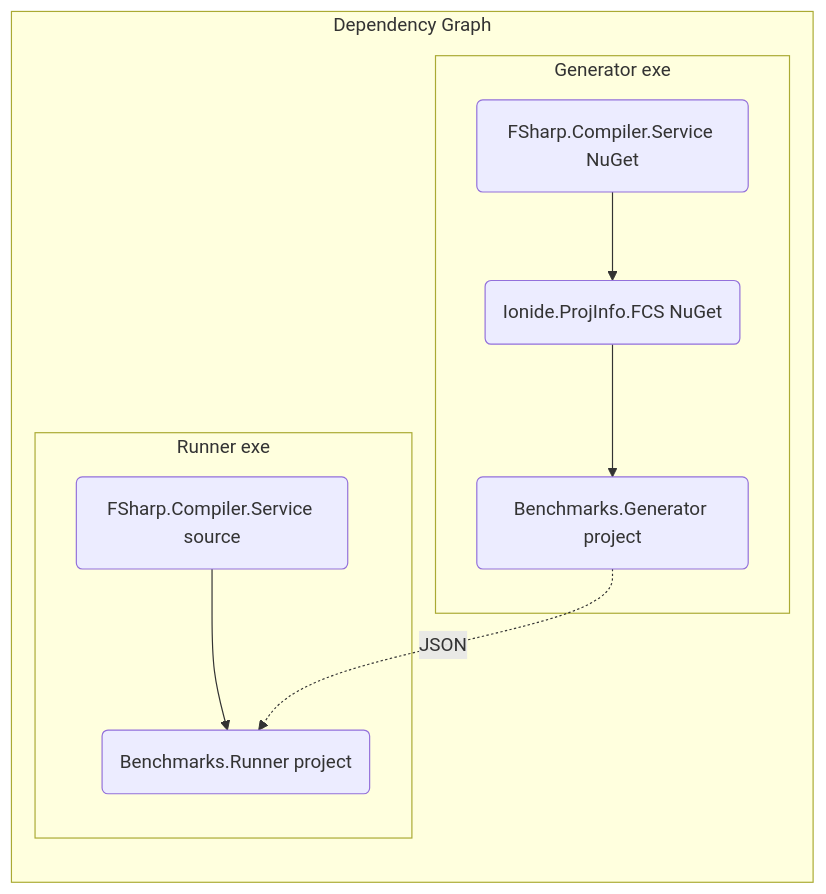
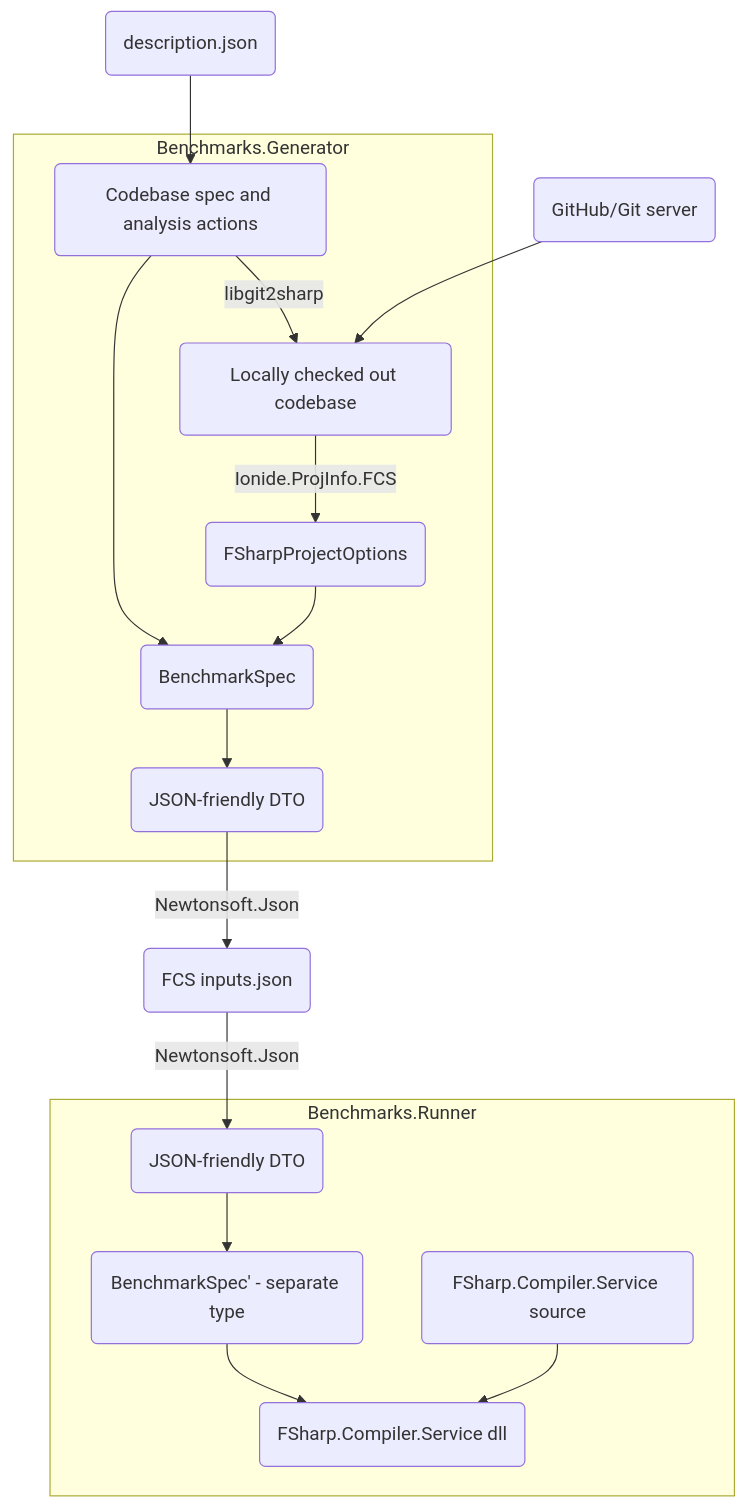
One commit to safesparrow/fsharp changed the second of 2 diagrams in tests/benchmarks/FCSBenchmarks/Benchmarks.Generator/README.md. Above: the diagram before and after it, drawn with Mermaid. The commit also changed other lines of this file, not shown here.

````diff
--- a/tests/benchmarks/FCSBenchmarks/Benchmarks.Generator/README.md
+++ b/tests/benchmarks/FCSBenchmarks/Benchmarks.Generator/README.md
@@ -22,13 +25,21 @@
 ```mermaid
-graph LR;
-    subgraph Dependency Graph
-        subgraph Generator exe
-            Z(FSharp.Compiler.Service NuGet)-->B(Ionide.ProjInfo.FCS NuGet)
-            B-->C(Benchmarks.Generator project)
-        end
-        subgraph Runner exe
-            D(FSharp.Compiler.Service source)-->E(Benchmarks.Runner project)
-        end
-        C-.->|JSON|E
+graph TD;
+    AA(description.json)
+    AA-->A
+    AB(GitHub/Git server)
+    AB-->B
+    subgraph Benchmarks.Generator
+        A(Codebase spec and analysis actions)-->|libgit2sharp| B(Locally checked out codebase);
+        B-->|Ionide.ProjInfo.FCS| C(FSharpProjectOptions)
+        A-->D(BenchmarkSpec)
+        C-->D
+        D-->E(JSON-friendly DTO)
+    end
+    E-->|Newtonsoft.Json|F(FCS inputs.json)
+    F-->|Newtonsoft.Json|G(JSON-friendly DTO)
+    subgraph Benchmarks.Runner
+        G-->H(BenchmarkSpec' - separate type)
+        J(FSharp.Compiler.Service source)-->K(FSharp.Compiler.Service dll)
+        H-->K
     end
 ```
````
